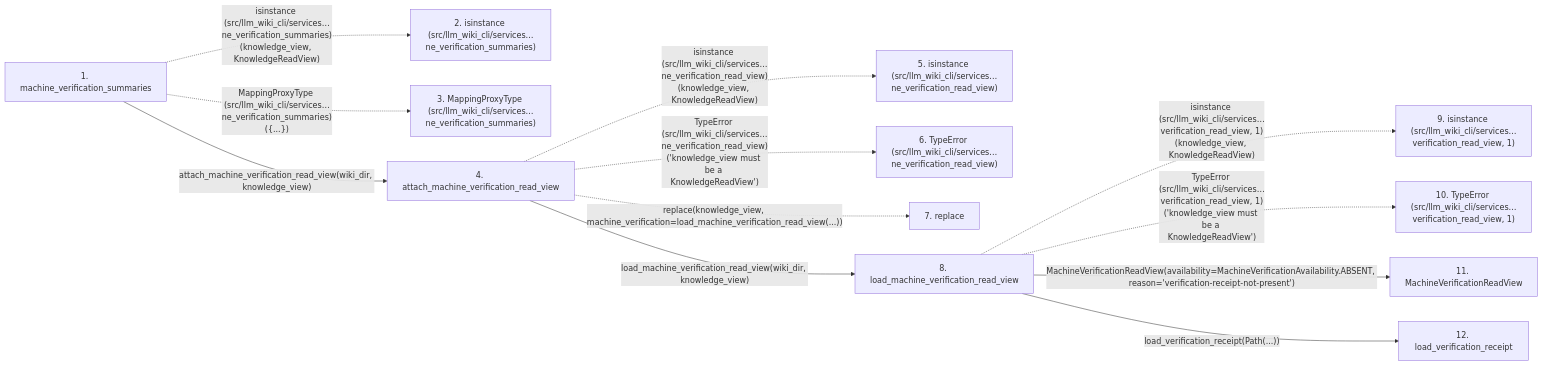
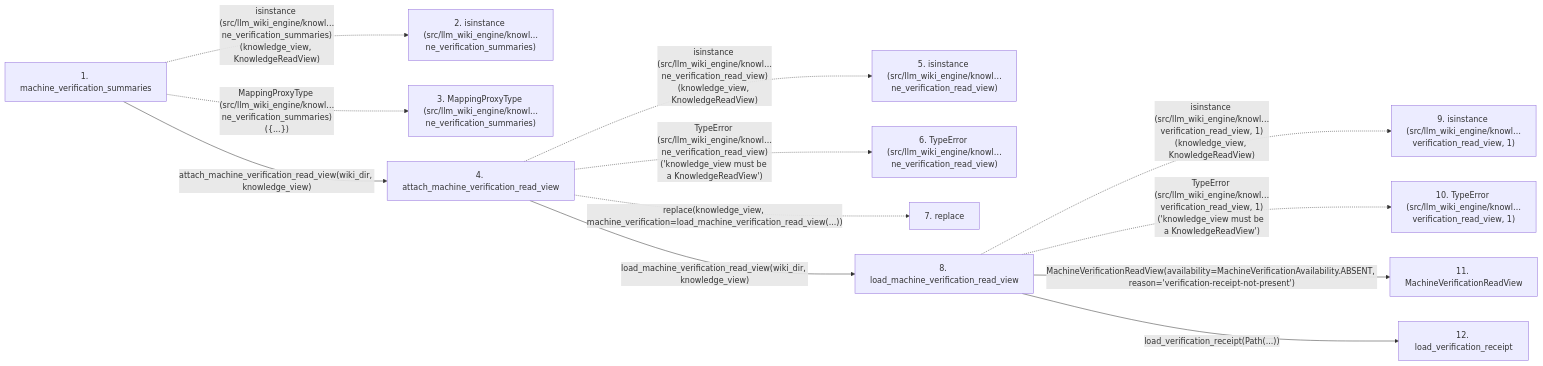
One commit to Denissvgn/python-wiki-llm changed the second of 2 diagrams in docs/llm_wiki/flows/api-machine_verification_summaries.md. Above: the diagram before and after it, drawn with Mermaid. The commit also changed other lines of this file and 1058 other files, not shown here.

First line of the commit message:
docs: refresh the wiki for the knowledge store move

````diff
--- a/docs/llm_wiki/flows/api-machine_verification_summaries.md
+++ b/docs/llm_wiki/flows/api-machine_verification_summaries.md
@@ -139,31 +139,31 @@
 ```mermaid
 flowchart LR
     s1["1. machine_verification_summaries"]
-    s2["2. isinstance (src/llm_wiki_cli/services…ne_verification_summaries)"]
-    s3["3. MappingProxyType (src/llm_wiki_cli/services…ne_verification_summaries)"]
+    s2["2. isinstance (src/llm_wiki_engine/knowl…ne_verification_summaries)"]
+    s3["3. MappingProxyType (src/llm_wiki_engine/knowl…ne_verification_summaries)"]
     s4["4. attach_machine_verification_read_view"]
-    s5["5. isinstance (src/llm_wiki_cli/services…ne_verification_read_view)"]
-    s6["6. TypeError (src/llm_wiki_cli/services…ne_verification_read_view)"]
+    s5["5. isinstance (src/llm_wiki_engine/knowl…ne_verification_read_view)"]
+    s6["6. TypeError (src/llm_wiki_engine/knowl…ne_verification_read_view)"]
     s7["7. replace"]
     s8["8. load_machine_verification_read_view"]
-    s9["9. isinstance (src/llm_wiki_cli/services…verification_read_view, 1)"]
-    s10["10. TypeError (src/llm_wiki_cli/services…verification_read_view, 1)"]
+    s9["9. isinstance (src/llm_wiki_engine/knowl…verification_read_view, 1)"]
+    s10["10. TypeError (src/llm_wiki_engine/knowl…verification_read_view, 1)"]
     s11["11. MachineVerificationReadView"]
     s12["12. load_verification_receipt"]
-    s1 -. "isinstance (src/llm_wiki_cli/services…ne_verification_summaries)(knowledge_view, KnowledgeReadView)" .-> s2
-    s1 -. "MappingProxyType (src/llm_wiki_cli/services…ne_verification_summaries)({...})" .-> s3
+    s1 -. "isinstance (src/llm_wiki_engine/knowl…ne_verification_summaries)(knowledge_view, KnowledgeReadView)" .-> s2
+    s1 -. "MappingProxyType (src/llm_wiki_engine/knowl…ne_verification_summaries)({...})" .-> s3
     s1 -->|"attach_machine_verification_read_view(wiki_dir, knowledge_view)"| s4
-    s4 -. "isinstance (src/llm_wiki_cli/services…ne_verification_read_view)(knowledge_view, KnowledgeReadView)" .-> s5
-    s4 -. "TypeError (src/llm_wiki_cli/services…ne_verification_read_view)('knowledge_view must be a KnowledgeReadView')" .-> s6
+    s4 -. "isinstance (src/llm_wiki_engine/knowl…ne_verification_read_view)(knowledge_view, KnowledgeReadView)" .-> s5
+    s4 -. "TypeError (src/llm_wiki_engine/knowl…ne_verification_read_view)('knowledge_view must be a KnowledgeReadView')" .-> s6
     s4 -. "replace(knowledge_view, machine_verification=load_machine_verification_read_view(...))" .-> s7
     s4 -->|"load_machine_verification_read_view(wiki_dir, knowledge_view)"| s8
-    s8 -. "isinstance (src/llm_wiki_cli/services…verification_read_view, 1)(knowledge_view, KnowledgeReadView)" .-> s9
-    s8 -. "TypeError (src/llm_wiki_cli/services…verification_read_view, 1)('knowledge_view must be a KnowledgeReadView')" .-> s10
+    s8 -. "isinstance (src/llm_wiki_engine/knowl…verification_read_view, 1)(knowledge_view, KnowledgeReadView)" .-> s9
+    s8 -. "TypeError (src/llm_wiki_engine/knowl…verification_read_view, 1)('knowledge_view must be a KnowledgeReadView')" .-> s10
     s8 -->|"MachineVerificationReadView(availability=MachineVerificationAvailability.ABSENT, reason='verification-receipt-not-present')"| s11
     s8 -->|"load_verification_receipt(Path(...))"| s12
     click s1 "../modules/knowledge_verification.md"
     click s4 "../modules/knowledge_verification.md"
     click s8 "../modules/knowledge_verification.md"
     click s11 "../modules/knowledge_consumption.md"
     click s12 "../modules/verification_contracts.md"
 ```
````
